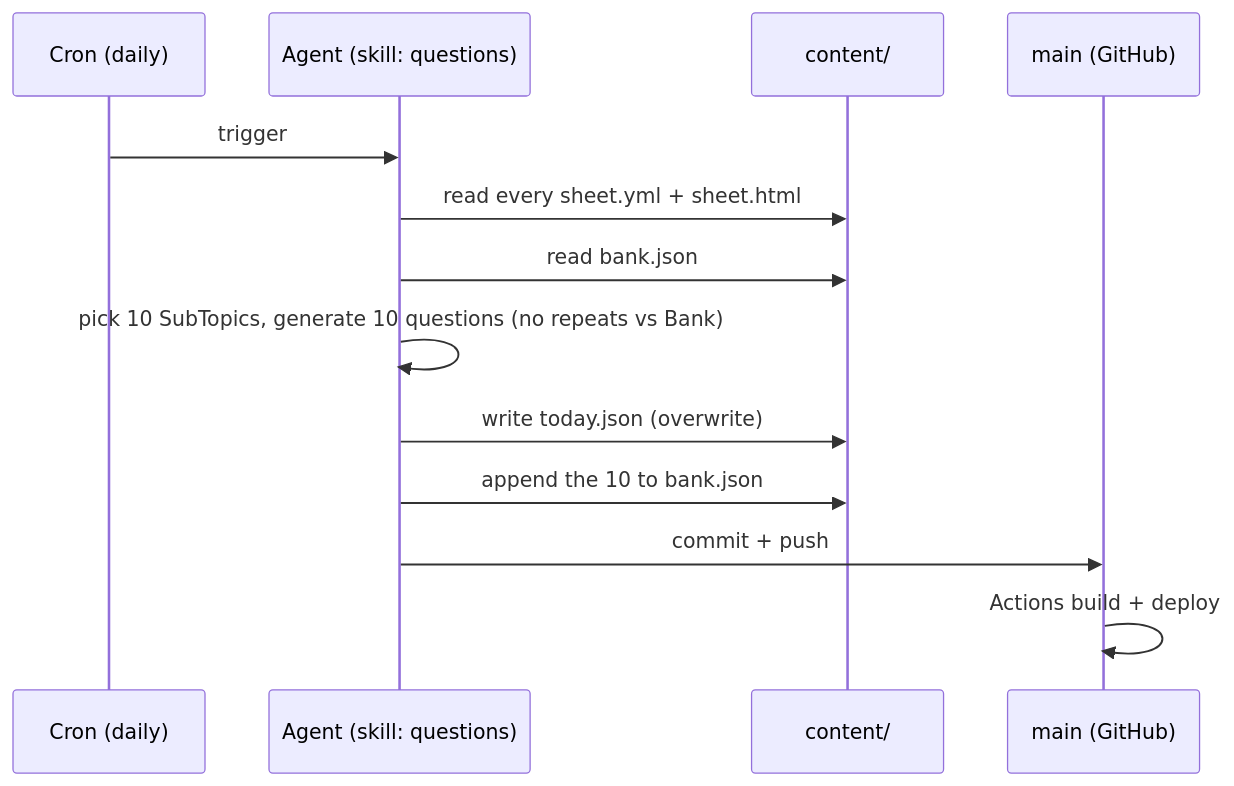
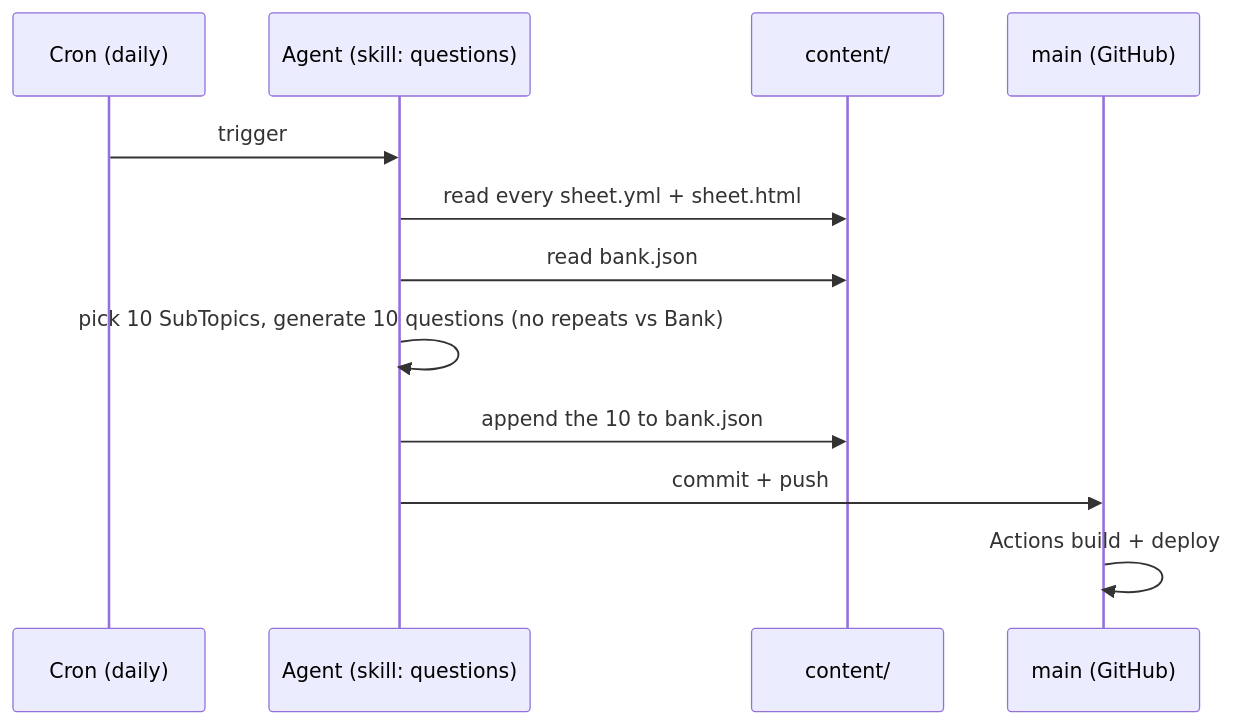
The fourth of 6 diagrams in docs/hldd/hldd.md (Povaz/cheatsheets), drawn with Mermaid before and after one commit. The commit also changed other lines of this file and 4 other files, not shown here.

````diff
--- a/docs/hldd/hldd.md
+++ b/docs/hldd/hldd.md
@@ -198,15 +194,14 @@
 ```mermaid
 sequenceDiagram
     participant CR as Cron (daily)
     participant A as Agent (skill: questions)
     participant C as content/
     participant M as main (GitHub)
     CR->>A: trigger
     A->>C: read every sheet.yml + sheet.html
     A->>C: read bank.json
     A->>A: pick 10 SubTopics, generate 10 questions (no repeats vs Bank)
-    A->>C: write today.json (overwrite)
     A->>C: append the 10 to bank.json
     A->>M: commit + push
     M->>M: Actions build + deploy
 ```
````
